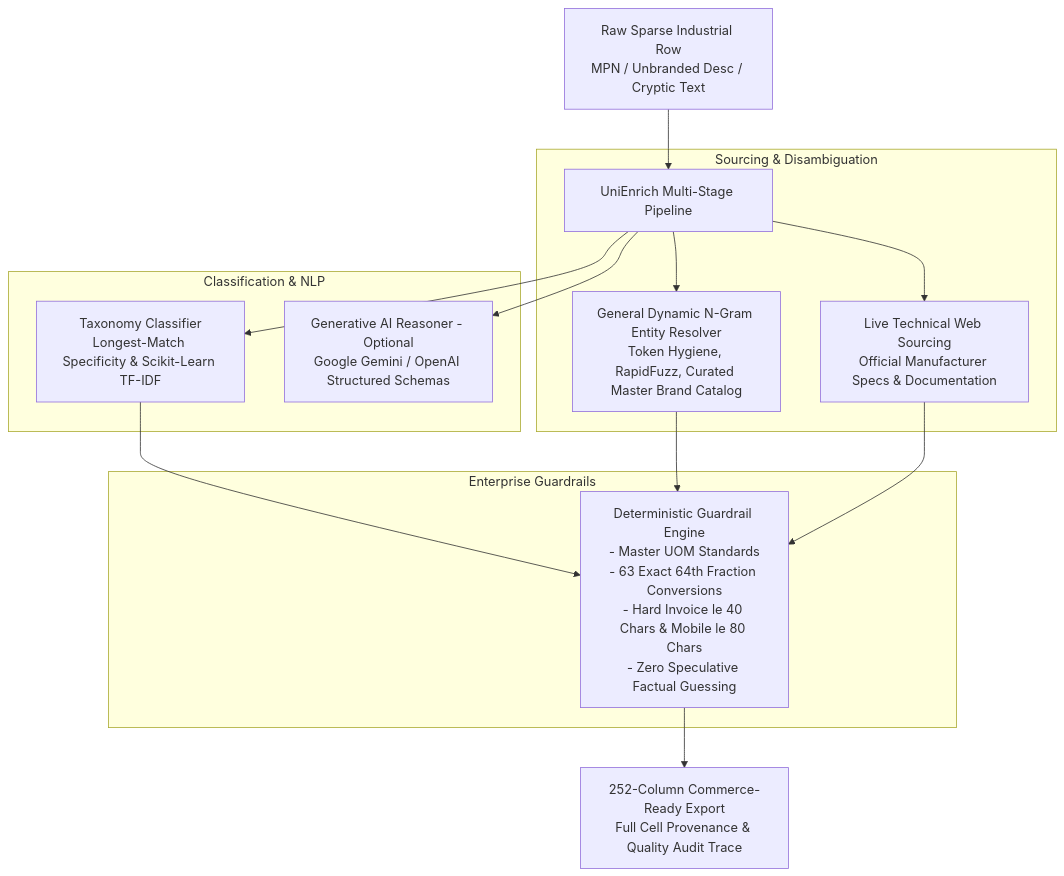
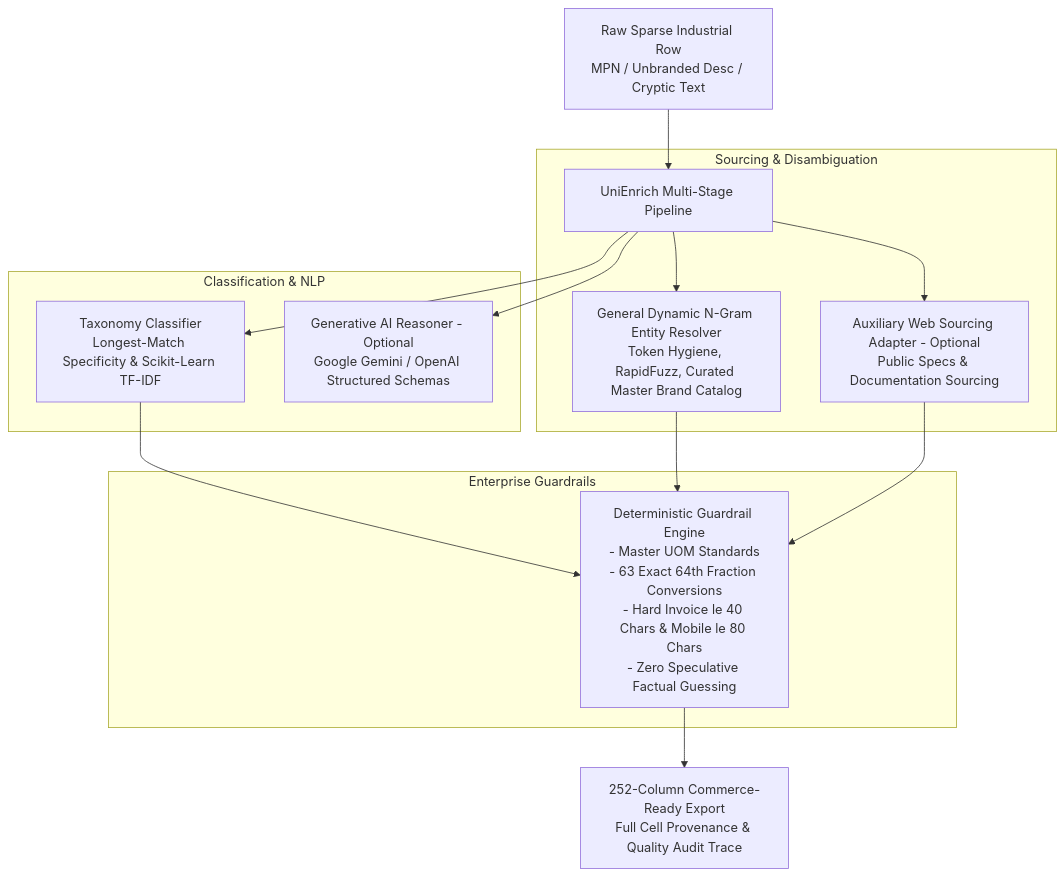
One commit to aarushipujari/UniEnrich changed the diagram in README.md. Above: the diagram before and after it, drawn with Mermaid. The commit also changed other lines of this file and 1 other file, not shown here.

Commit message:
refactor: Expand web enricher spec parsing, add User-Agent rotation, and accurately frame as auxiliary enrichment adapter

````diff
--- a/README.md
+++ b/README.md
@@ -9,22 +9,22 @@
 ```mermaid
 flowchart TD
     Raw["Raw Sparse Industrial Row<br/>MPN / Unbranded Desc / Cryptic Text"] --> Hybrid["UniEnrich Multi-Stage Pipeline"]
     
     subgraph Sourcing["Sourcing & Disambiguation"]
-        Hybrid --> Web["Live Technical Web Sourcing<br/>Official Manufacturer Specs & Documentation"]
+        Hybrid --> Web["Auxiliary Web Sourcing Adapter - Optional<br/>Public Specs & Documentation Sourcing"]
         Hybrid --> Brand["General Dynamic N-Gram Entity Resolver<br/>Token Hygiene, RapidFuzz, Curated Master Brand Catalog"]
     end
     
     subgraph NLP["Classification & NLP"]
         Hybrid --> Tax["Taxonomy Classifier<br/>Longest-Match Specificity & Scikit-Learn TF-IDF"]
         Hybrid --> LLM["Generative AI Reasoner - Optional<br/>Google Gemini / OpenAI Structured Schemas"]
     end
     
     subgraph GuardrailsArea["Enterprise Guardrails"]
         Tax --> Guardrails["Deterministic Guardrail Engine<br/>- Master UOM Standards<br/>- 63 Exact 64th Fraction Conversions<br/>- Hard Invoice le 40 Chars & Mobile le 80 Chars<br/>- Zero Speculative Factual Guessing"]
         Brand --> Guardrails
         Web --> Guardrails
     end
     
     Guardrails --> Output["252-Column Commerce-Ready Export<br/>Full Cell Provenance & Quality Audit Trace"]
 ```
````
